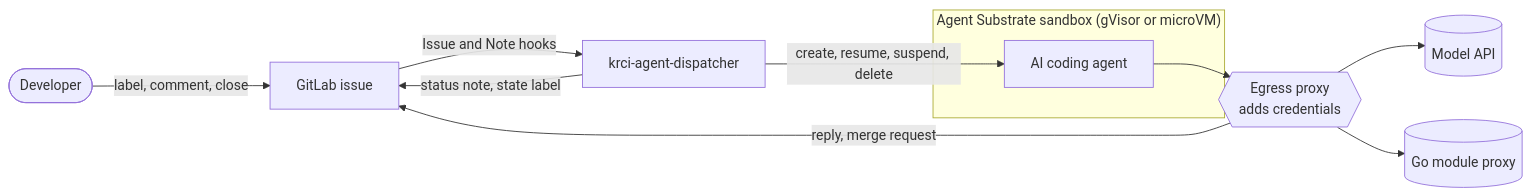
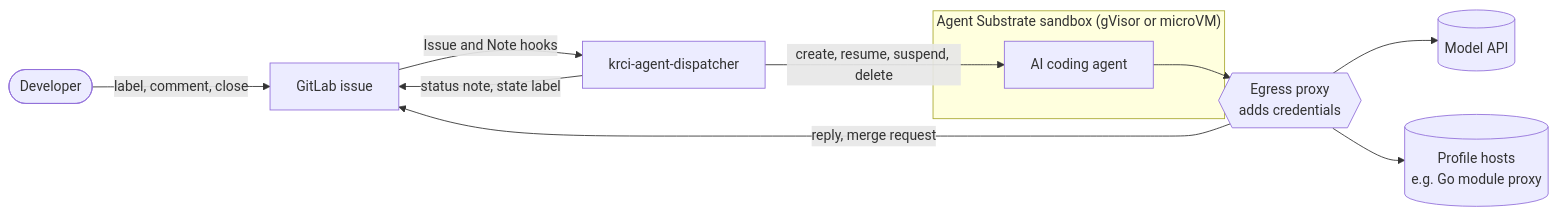
Before and after one commit to KubeRocketCI/krci-agent-dispatcher: the first of 2 diagrams in README.md, drawn with Mermaid. The commit also changed other lines of this file and 47 other files, not shown here.

````diff
--- a/README.md
+++ b/README.md
@@ -18,14 +18,14 @@
 ```mermaid
 flowchart LR
   dev([Developer]) -- "label, comment, close" --> gl[GitLab issue]
   gl -- "Issue and Note hooks" --> d[krci-agent-dispatcher]
   d -- "create, resume, suspend, delete" --> a
   d -- "status note, state label" --> gl
   subgraph sb ["Agent Substrate sandbox (gVisor or microVM)"]
     a[AI coding agent]
   end
   a --> eg{{"Egress proxy<br/>adds credentials"}}
   eg --> llm[(Model API)]
   eg -- "reply, merge request" --> gl
-  eg --> mod[(Go module proxy)]
+  eg --> mod[(Profile hosts<br/>e.g. Go module proxy)]
 ```
````
